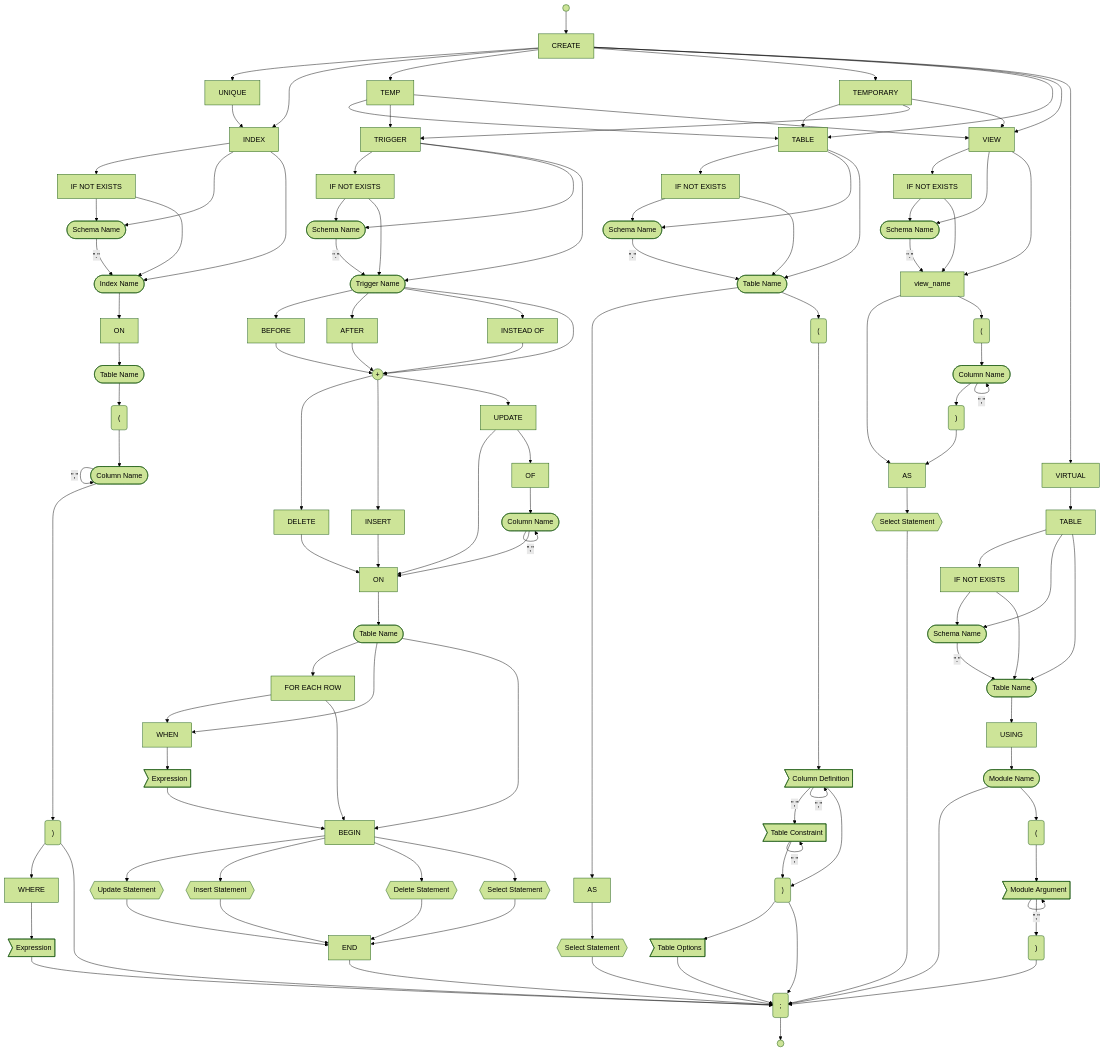
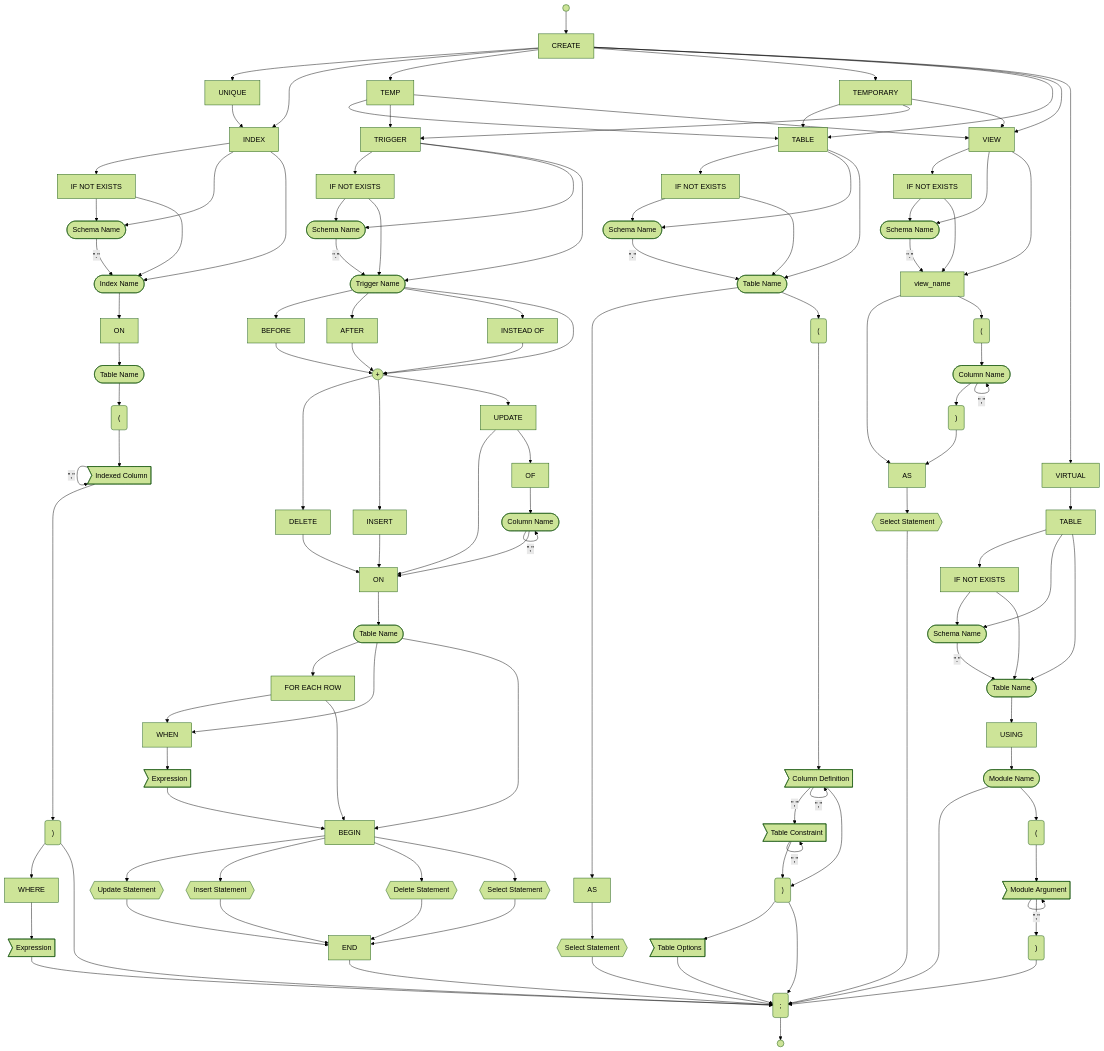
The diagram in design/sql_syntax/Statements/CREATE.md (JEleniel/epiloglite), drawn with Mermaid (forest theme) before and after one commit. The commit also changed other lines of this file and 42 other files, not shown here.

```diff
--- a/design/sql_syntax/Statements/CREATE.md
+++ b/design/sql_syntax/Statements/CREATE.md
@@ -28,9 +28,9 @@
 	index_name --> ON
 	ON --> index_table_name([Table Name])
 	index_table_name --> index_table_lparen("(")
-	index_table_lparen --> index_column_name([Column Name])
-	index_column_name -->|#quot;,#quot;| index_column_name
-	index_column_name --> index_table_rparen(")")
+	index_table_lparen --> index_column>Indexed Column]
+	index_column -->|#quot;,#quot;| index_column
+	index_column --> index_table_rparen(")")
 	index_table_rparen --> WHERE
 	index_table_rparen --> semi
 	WHERE --> expression>Expression]
```
